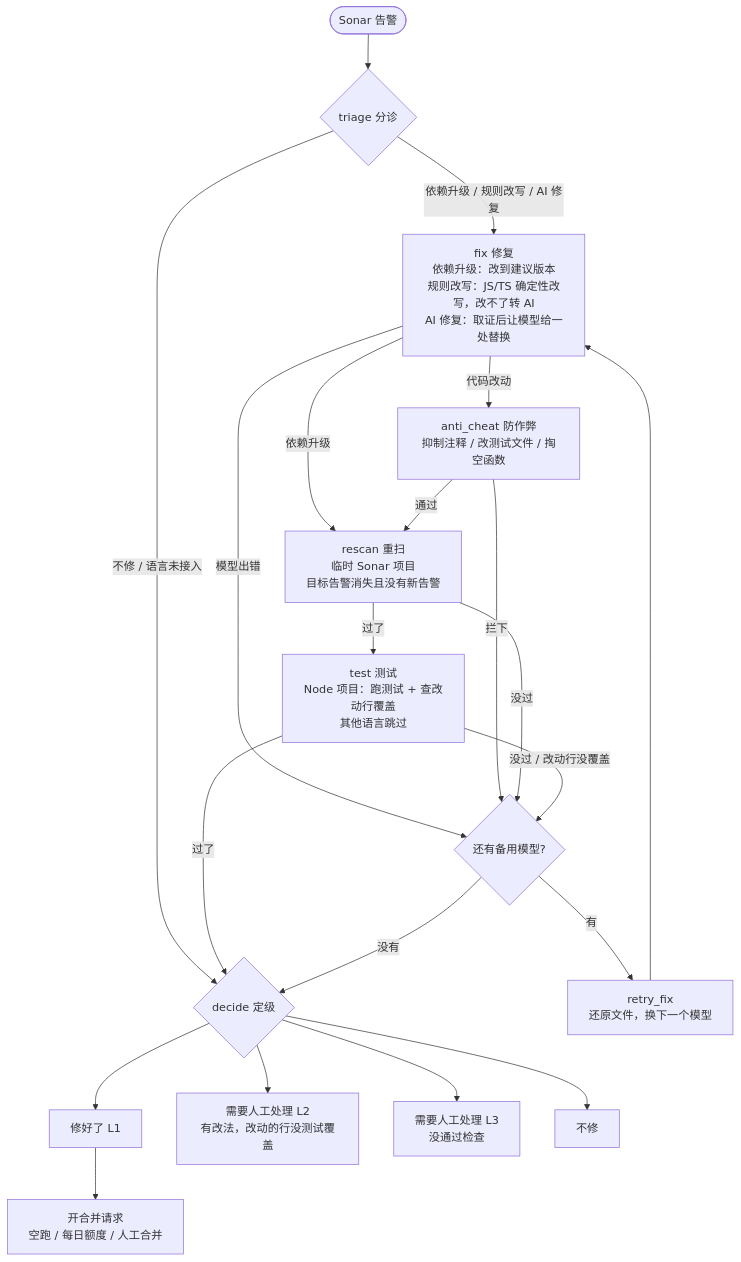
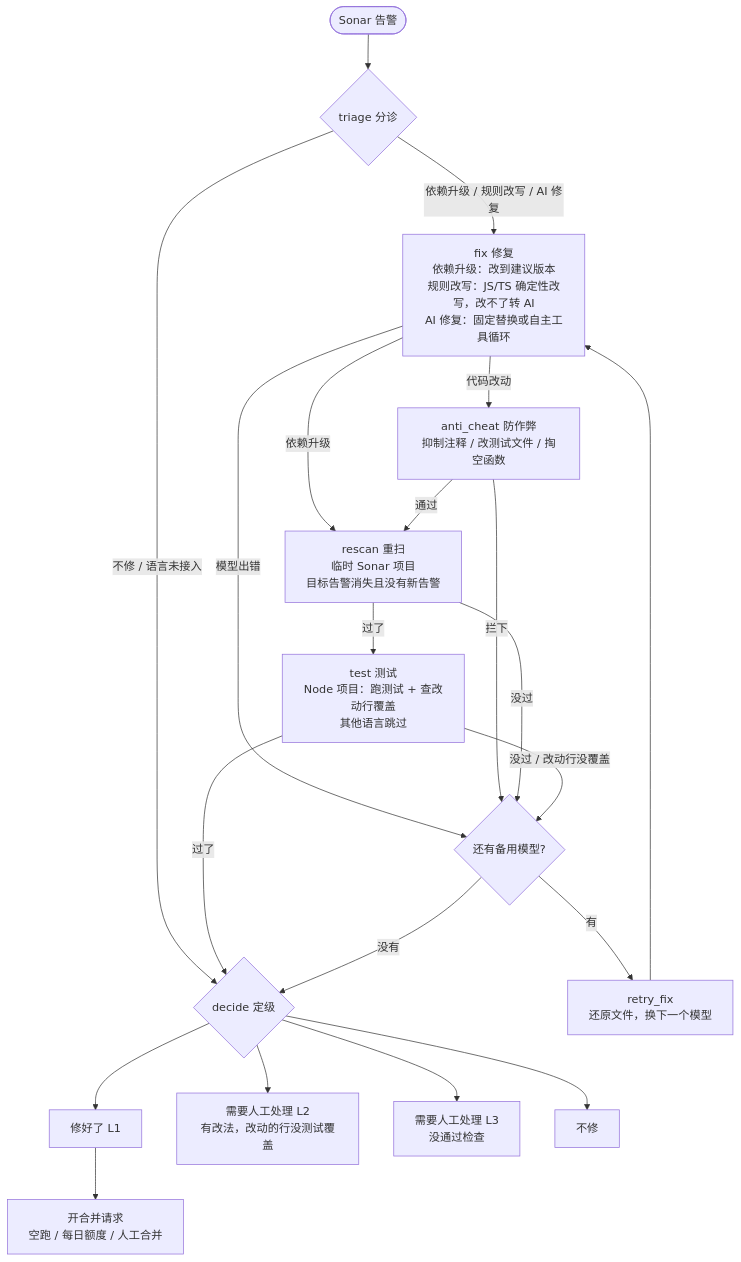
Before and after one commit to jiapy97/cleardebt: the diagram in README.md, drawn with Mermaid. The commit also changed other lines of this file and 40 other files, not shown here.

````diff
--- a/README.md
+++ b/README.md
@@ -9,27 +9,27 @@
 ```mermaid
 flowchart TD
     S([Sonar 告警]) --> T{triage 分诊}
     T -->|不修 / 语言未接入| D
     T -->|依赖升级 / 规则改写 / AI 修复| FX
 
-    FX[fix 修复<br/>依赖升级：改到建议版本<br/>规则改写：JS/TS 确定性改写，改不了转 AI<br/>AI 修复：取证后让模型给一处替换]
+    FX[fix 修复<br/>依赖升级：改到建议版本<br/>规则改写：JS/TS 确定性改写，改不了转 AI<br/>AI 修复：固定替换或自主工具循环]
     FX -->|模型出错| RT
     FX -->|依赖升级| RS
     FX -->|代码改动| AC[anti_cheat 防作弊<br/>抑制注释 / 改测试文件 / 掏空函数]
     AC -->|拦下| RT
     AC -->|通过| RS[rescan 重扫<br/>临时 Sonar 项目<br/>目标告警消失且没有新告警]
     RS -->|没过| RT
     RS -->|过了| TS[test 测试<br/>Node 项目：跑测试 + 查改动行覆盖<br/>其他语言跳过]
     TS -->|没过 / 改动行没覆盖| RT
     TS -->|过了| D
 
     RT{还有备用模型?}
     RT -->|有| RF[retry_fix<br/>还原文件，换下一个模型] --> FX
     RT -->|没有| D
 
     D{decide 定级}
     D --> L1[修好了 L1] --> MR[开合并请求<br/>空跑 / 每日额度 / 人工合并]
     D --> L2[需要人工处理 L2<br/>有改法，改动的行没测试覆盖]
     D --> L3[需要人工处理 L3<br/>没通过检查]
     D --> SK[不修]
 ```
````
